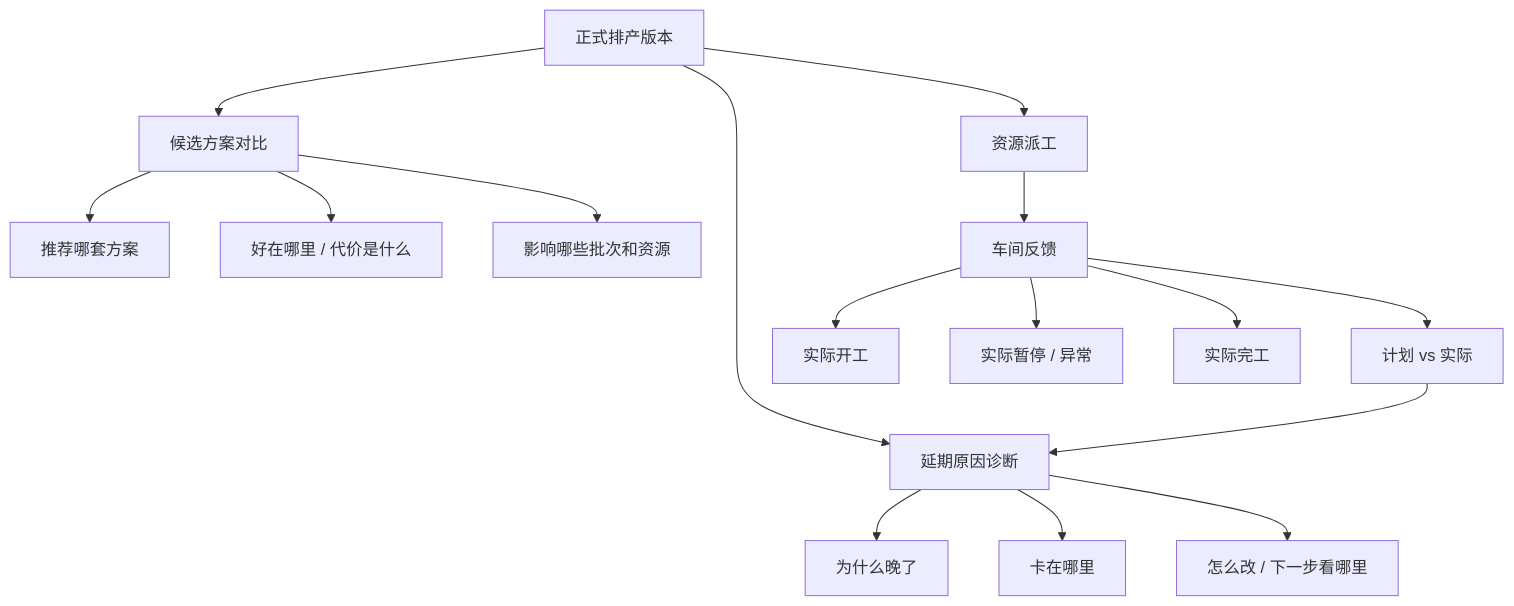
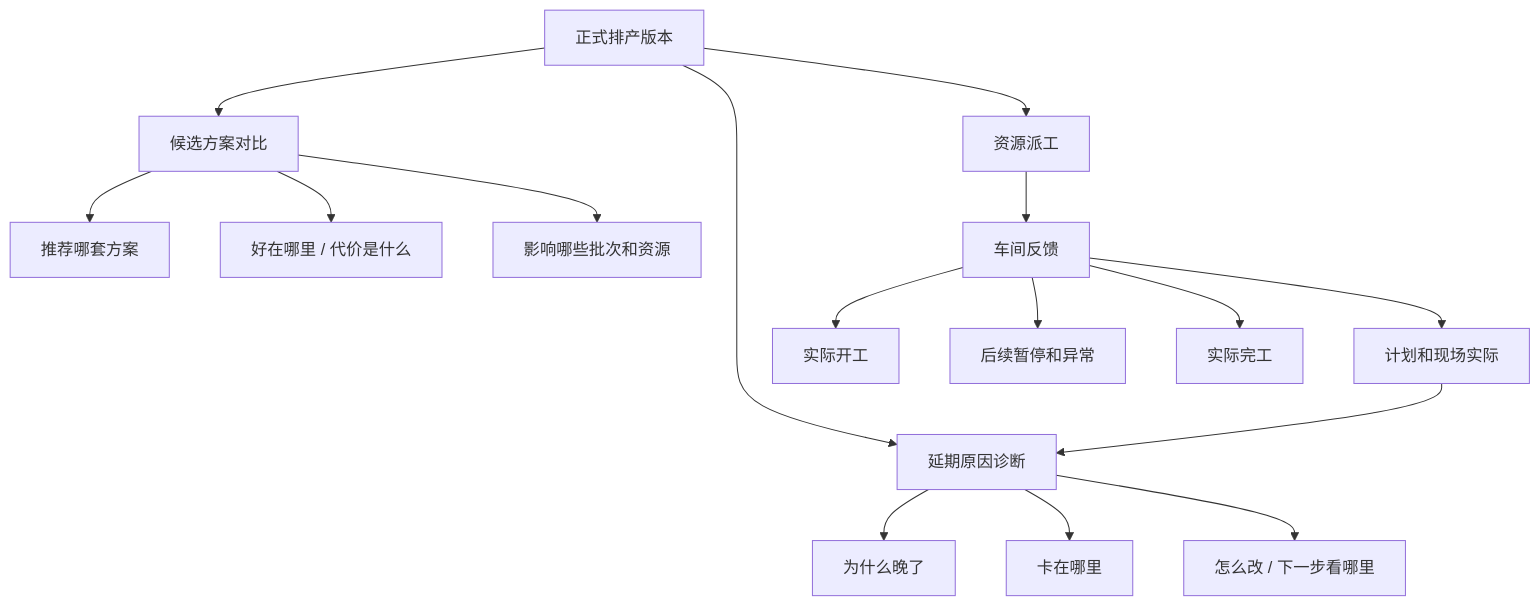
The second of 3 diagrams in .codestable/compound/2026-05-23-explore-aps-three-gap-directions.md (lurenxing628/----), drawn with Mermaid before and after one commit. The commit also changed other lines of this file and 11 other files, not shown here.

````diff
--- a/.codestable/compound/2026-05-23-explore-aps-three-gap-directions.md
+++ b/.codestable/compound/2026-05-23-explore-aps-three-gap-directions.md
@@ -606,18 +616,18 @@
 ```mermaid
 flowchart TD
   A["正式排产版本"] --> B["候选方案对比"]
   A --> C["延期原因诊断"]
   A --> D["资源派工"]
   B --> B1["推荐哪套方案"]
   B --> B2["好在哪里 / 代价是什么"]
   B --> B3["影响哪些批次和资源"]
   C --> C1["为什么晚了"]
   C --> C2["卡在哪里"]
   C --> C3["怎么改 / 下一步看哪里"]
   D --> E["车间反馈"]
   E --> E1["实际开工"]
-  E --> E2["实际暂停 / 异常"]
+  E --> E2["后续暂停和异常"]
   E --> E3["实际完工"]
-  E --> F["计划 vs 实际"]
+  E --> F["计划和现场实际"]
   F --> C
 ```
````
